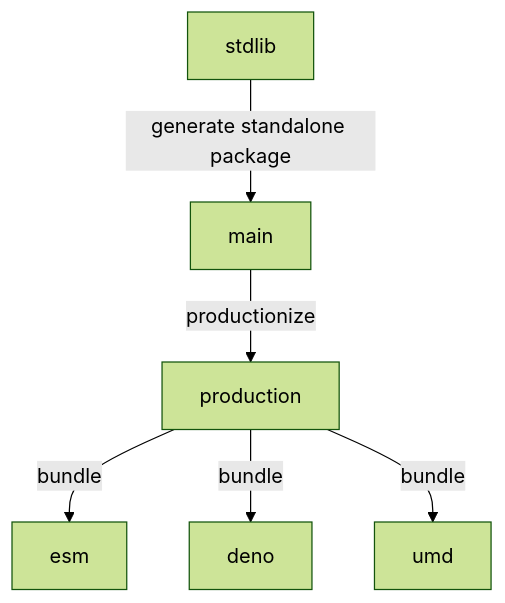
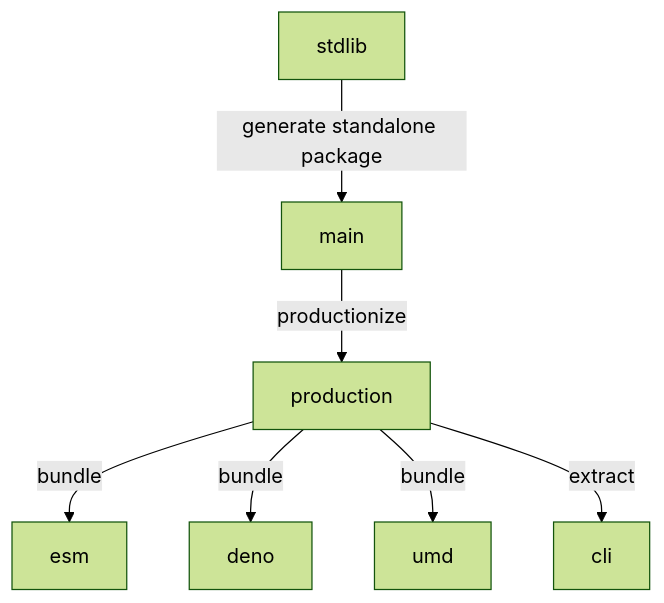
The diagram in branches.md (stdlib-js/assert-has-sharedarraybuffer-support), drawn with Mermaid (forest theme) before and after one commit. The commit also changed other lines of this file and 8 other files, not shown here.

````diff
--- a/branches.md
+++ b/branches.md
@@ -33,15 +34,17 @@
 ```mermaid
 graph TD;
 A[stdlib]-->|generate standalone package|B;
 B[main] -->|productionize| C[production];
 C -->|bundle| D[esm];
 C -->|bundle| E[deno];
 C -->|bundle| F[umd];
+C -->|extract| G[cli];
 
-click A href "https://github.com/stdlib-js/stdlib/tree/develop/lib/node_modules/%40stdlib/assert/has-sharedarraybuffer-support"
-click B href "https://github.com/stdlib-js/assert-has-sharedarraybuffer-support/tree/main"
-click C href "https://github.com/stdlib-js/assert-has-sharedarraybuffer-support/tree/production"
-click D href "https://github.com/stdlib-js/assert-has-sharedarraybuffer-support/tree/esm"
-click E href "https://github.com/stdlib-js/assert-has-sharedarraybuffer-support/tree/deno"
-click F href "https://github.com/stdlib-js/assert-has-sharedarraybuffer-support/tree/umd"
+%% click A href "https://github.com/stdlib-js/stdlib/tree/develop/lib/node_modules/%40stdlib/assert/has-sharedarraybuffer-support"
+%% click B href "https://github.com/stdlib-js/assert-has-sharedarraybuffer-support/tree/main"
+%% click C href "https://github.com/stdlib-js/assert-has-sharedarraybuffer-support/tree/production"
+%% click D href "https://github.com/stdlib-js/assert-has-sharedarraybuffer-support/tree/esm"
+%% click E href "https://github.com/stdlib-js/assert-has-sharedarraybuffer-support/tree/deno"
+%% click F href "https://github.com/stdlib-js/assert-has-sharedarraybuffer-support/tree/umd"
+%% click G href "https://github.com/stdlib-js/assert-has-sharedarraybuffer-support/tree/cli"
 ```
````
